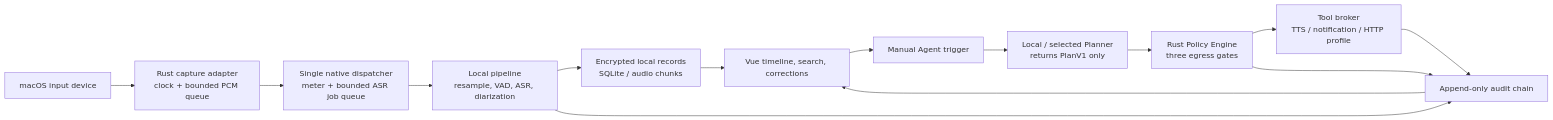
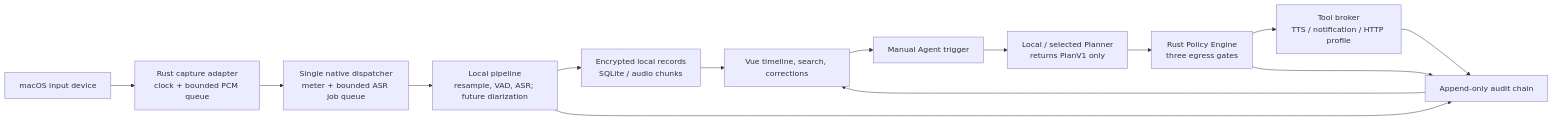
Before and after one commit to nmgwddj/word-covenant: the diagram in docs/plans/2026-08-07-word-covenant-roadmap.md, drawn with Mermaid. The commit also changed other lines of this file and 2 other files, not shown here.

Commit message:
docs: define real local speech acceptance

````diff
--- a/docs/plans/2026-08-07-word-covenant-roadmap.md
+++ b/docs/plans/2026-08-07-word-covenant-roadmap.md
@@ -52,16 +53,16 @@
 ```mermaid
 flowchart LR
   MIC["macOS input device"] --> CAP["Rust capture adapter\nclock + bounded PCM queue"]
   CAP --> DISPATCH["Single native dispatcher\nmeter + bounded ASR job queue"]
-  DISPATCH --> PIPE["Local pipeline\nresample, VAD, ASR, diarization"]
+  DISPATCH --> PIPE["Local pipeline\nresample, VAD, ASR; future diarization"]
   PIPE --> DB["Encrypted local records\nSQLite / audio chunks"]
   DB --> UI["Vue timeline, search, corrections"]
   UI --> TRIGGER["Manual Agent trigger"]
   TRIGGER --> PLANNER["Local / selected Planner\nreturns PlanV1 only"]
   PLANNER --> POLICY["Rust Policy Engine\nthree egress gates"]
   POLICY --> TOOL["Tool broker\nTTS / notification / HTTP profile"]
   TOOL --> AUDIT["Append-only audit chain"]
   PIPE --> AUDIT
   POLICY --> AUDIT
   AUDIT --> UI
 ```
````
